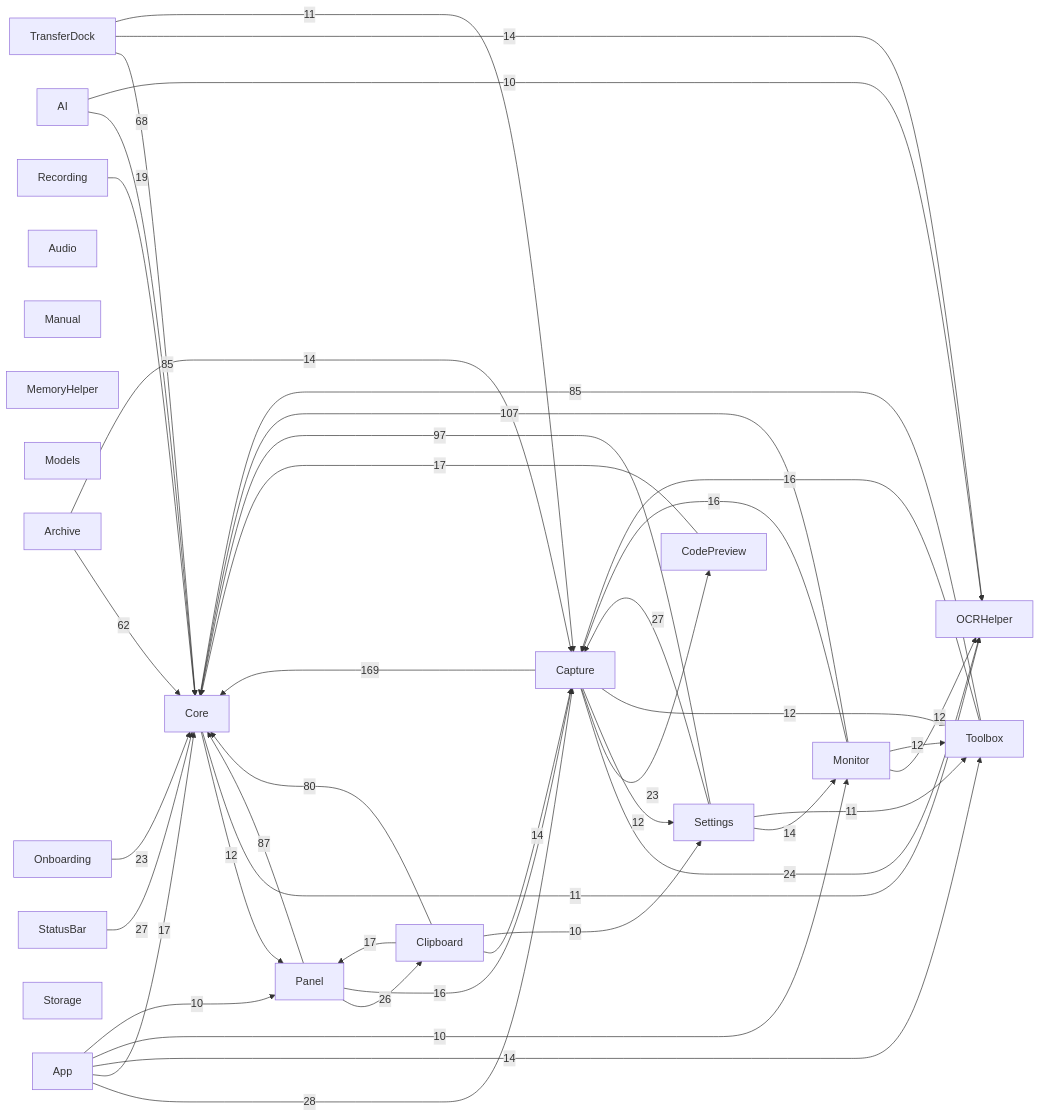
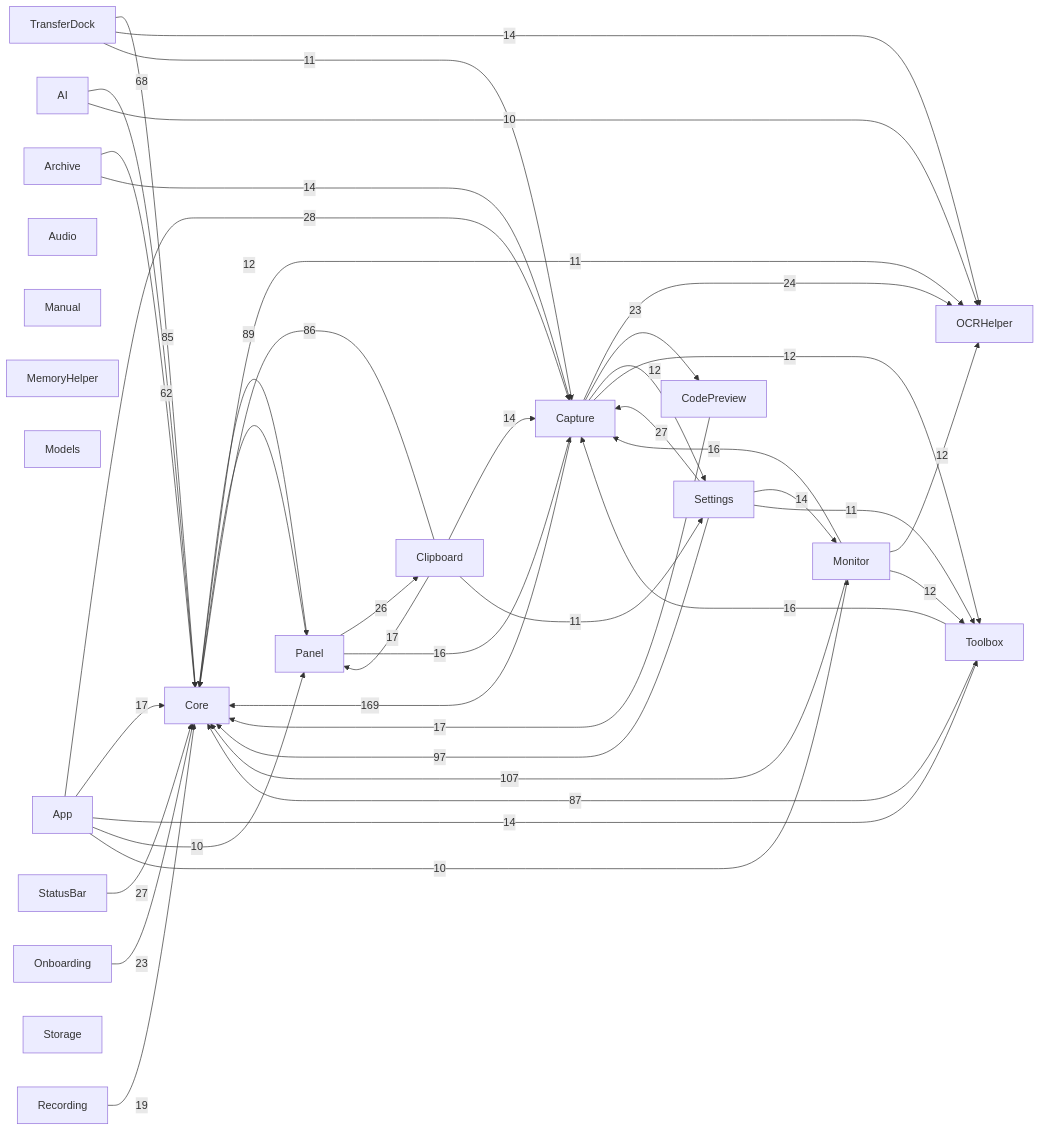
The diagram in docs/00-总览/模块依赖图.md (sxyq/Kitnest), drawn with Mermaid before and after one commit. The commit also changed other lines of this file and 4 other files, not shown here.

````diff
--- a/docs/00-总览/模块依赖图.md
+++ b/docs/00-总览/模块依赖图.md
@@ -35,64 +35,64 @@
 ```mermaid
 flowchart LR
   M0["AI"]
   M1["App"]
   M2["Archive"]
   M3["Audio"]
   M4["Capture"]
   M5["Clipboard"]
   M6["CodePreview"]
   M7["Core"]
   M8["Manual"]
   M9["MemoryHelper"]
   M10["Models"]
   M11["Monitor"]
   M12["OCRHelper"]
   M13["Onboarding"]
   M14["Panel"]
   M15["Recording"]
   M16["Settings"]
   M17["StatusBar"]
   M18["Storage"]
   M19["Toolbox"]
   M20["TransferDock"]
   M4 -->|169| M7
   M11 -->|107| M7
   M16 -->|97| M7
-  M14 -->|87| M7
-  M19 -->|85| M7
+  M14 -->|89| M7
+  M19 -->|87| M7
+  M5 -->|86| M7
   M20 -->|85| M7
-  M5 -->|80| M7
   M0 -->|68| M7
   M2 -->|62| M7
   M1 -->|28| M4
   M16 -->|27| M4
   M17 -->|27| M7
   M14 -->|26| M5
   M4 -->|24| M12
   M4 -->|23| M6
   M13 -->|23| M7
   M15 -->|19| M7
   M1 -->|17| M7
   M6 -->|17| M7
   M5 -->|17| M14
   M11 -->|16| M4
   M14 -->|16| M4
   M19 -->|16| M4
   M1 -->|14| M19
   M16 -->|14| M11
   M2 -->|14| M4
   M20 -->|14| M12
   M5 -->|14| M4
   M7 -->|12| M14
   M4 -->|12| M16
   M4 -->|12| M19
   M11 -->|12| M12
   M11 -->|12| M19
   M7 -->|11| M12
   M16 -->|11| M19
   M20 -->|11| M4
+  M5 -->|11| M16
+  M1 -->|10| M14
   M1 -->|10| M11
-  M1 -->|10| M14
   M0 -->|10| M12
-  M5 -->|10| M16
 ```
````
